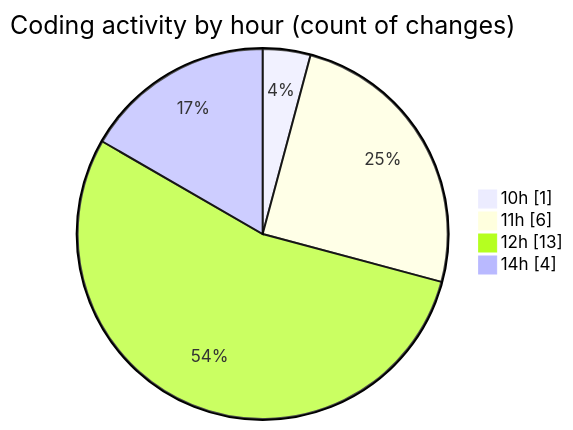
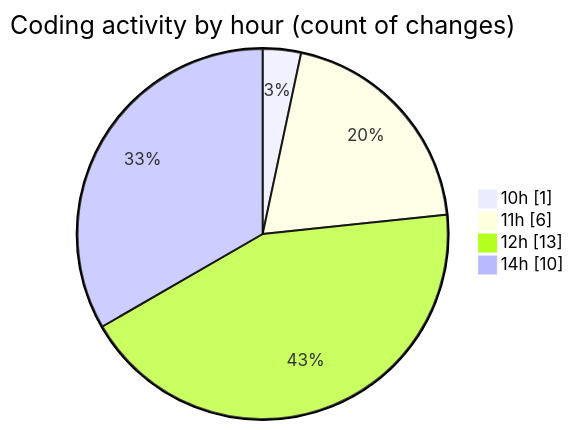
The second of 2 diagrams in 2025-10-08/cda/README.md (momahboobian/code-tracking), drawn with Mermaid before and after one commit. The commit also changed other lines of this file and 1 other file, not shown here.

````diff
--- a/2025-10-08/cda/README.md
+++ b/2025-10-08/cda/README.md
@@ -42,8 +44,8 @@
 ```mermaid
 pie showData
 title Coding activity by hour (count of changes)
 "10h" : 1
 "11h" : 6
 "12h" : 13
-"14h" : 4
+"14h" : 10
 ```
````
